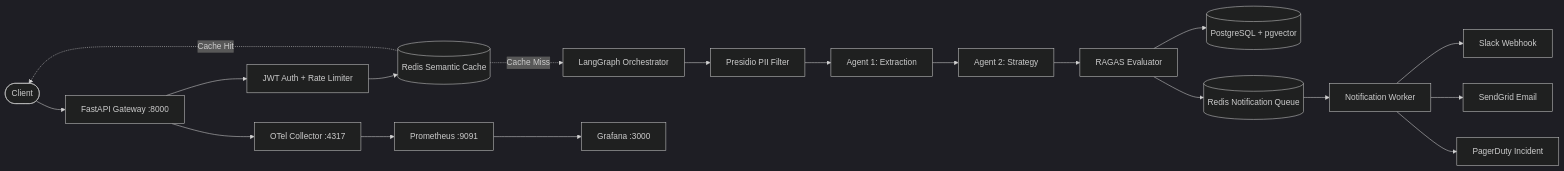
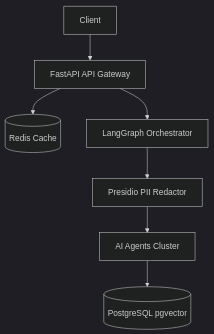
One commit to ruthvikgoud16/Nimblize-demo changed the third of 21 diagrams in docs/Nimblize_Future_Implementation_Roadmap.md. Above: the diagram before and after it, drawn with Mermaid (dark theme). The commit also changed other lines of this file and 1 other file, not shown here.

Commit message:
Improve future implementation roadmap report design

````diff
--- a/docs/Nimblize_Future_Implementation_Roadmap.md
+++ b/docs/Nimblize_Future_Implementation_Roadmap.md
@@ -188,21 +162,9 @@
 ```mermaid
-graph LR
-    Client([Client]) --> API[FastAPI Gateway :8000]
-    API --> Auth[JWT Auth + Rate Limiter]
-    Auth --> Cache[(Redis Semantic Cache)]
-    Cache -. Cache Hit .-> Client
-    Cache -. Cache Miss .-> Orchestrator[LangGraph Orchestrator]
-    Orchestrator --> PII[Presidio PII Filter]
-    PII --> A1[Agent 1: Extraction]
-    A1 --> A2[Agent 2: Strategy]
-    A2 --> RAGAS[RAGAS Evaluator]
-    RAGAS --> DB[(PostgreSQL + pgvector)]
-    RAGAS --> Queue[(Redis Notification Queue)]
-    Queue --> Worker[Notification Worker]
-    Worker --> Slack[Slack Webhook]
-    Worker --> Email[SendGrid Email]
-    Worker --> PD[PagerDuty Incident]
-    API --> Telemetry[OTel Collector :4317]
-    Telemetry --> Prom[Prometheus :9091]
-    Prom --> Grafana[Grafana :3000]
+graph TD
+    Client --> Gateway[FastAPI API Gateway]
+    Gateway --> Cache[(Redis Cache)]
+    Gateway --> Orchestrator[LangGraph Orchestrator]
+    Orchestrator --> PII[Presidio PII Redactor]
+    PII --> Agents[AI Agents Cluster]
+    Agents --> DB[(PostgreSQL pgvector)]
 ```
````
